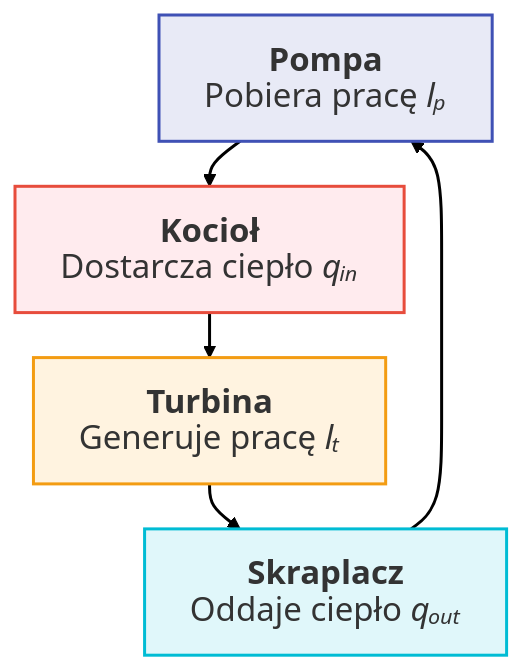
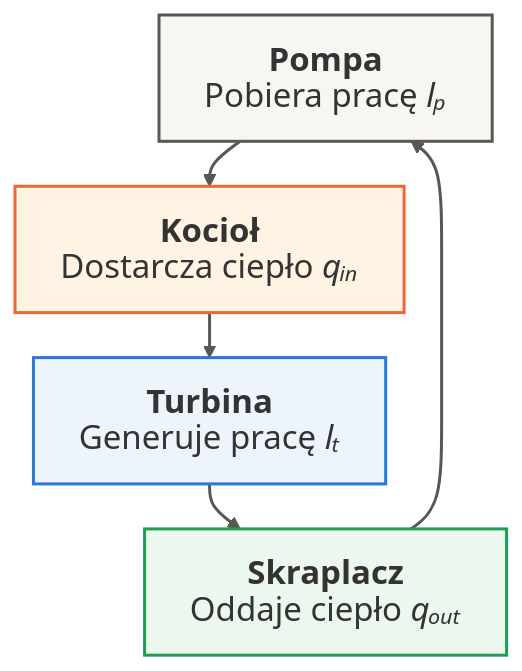
The first of 3 diagrams in Wyklady/10_Obiegi_Parowe.qmd (moondec/Termodynamika), drawn with Mermaid before and after one commit. The commit also changed other lines of this file and 229 other files, not shown here.

````diff
--- a/Wyklady/10_Obiegi_Parowe.qmd
+++ b/Wyklady/10_Obiegi_Parowe.qmd
@@ -122,21 +119,21 @@
 ```{mermaid}
 %%| fig-align: center
 
 %%{init: {'theme': 'default', 'flowchart': {'htmlLabels': false, 'diagramPadding': 0, 'nodeSpacing': 30, 'rankSpacing': 30, 'wrappingWidth': 400, 'subGraphTitleMargin': {'top': 6, 'bottom': 16}}, 'themeVariables': {'fontSize': '22px', 'fontFamily': 'Arial, Helvetica, sans-serif'}, 'htmlLabels': false}}%%
 flowchart TD
     P["`**Pompa**
 Pobiera pracę *lₚ*`"] --> K["`**Kocioł**
 Dostarcza ciepło *qᵢₙ*`"]
     K --> T["`**Turbina**
 Generuje pracę *lₜ*`"]
     T --> S["`**Skraplacz**
 Oddaje ciepło *qₒᵤₜ*`"]
     S --> P
     
-    style K fill:#ffebee,stroke:#e74c3c,stroke-width:2px
-    style T fill:#fff3e0,stroke:#f39c12,stroke-width:2px
-    style S fill:#e0f7fa,stroke:#00bcd4,stroke-width:2px
-    style P fill:#e8eaf6,stroke:#3f51b5,stroke-width:2px
-    
-    linkStyle default stroke-width:2px,fill:none,stroke:black
+    style K fill:#fff4e3,stroke:#eb6834,stroke-width:2px
+    style T fill:#eef4fb,stroke:#2a78d6,stroke-width:2px
+    style S fill:#ecf7ee,stroke:#1f9d55,stroke-width:2px
+    style P fill:#f7f6f3,stroke:#5a5753,stroke-width:2px
+
+    linkStyle default stroke-width:2px,fill:none,stroke:#5a5753
 ```
````
